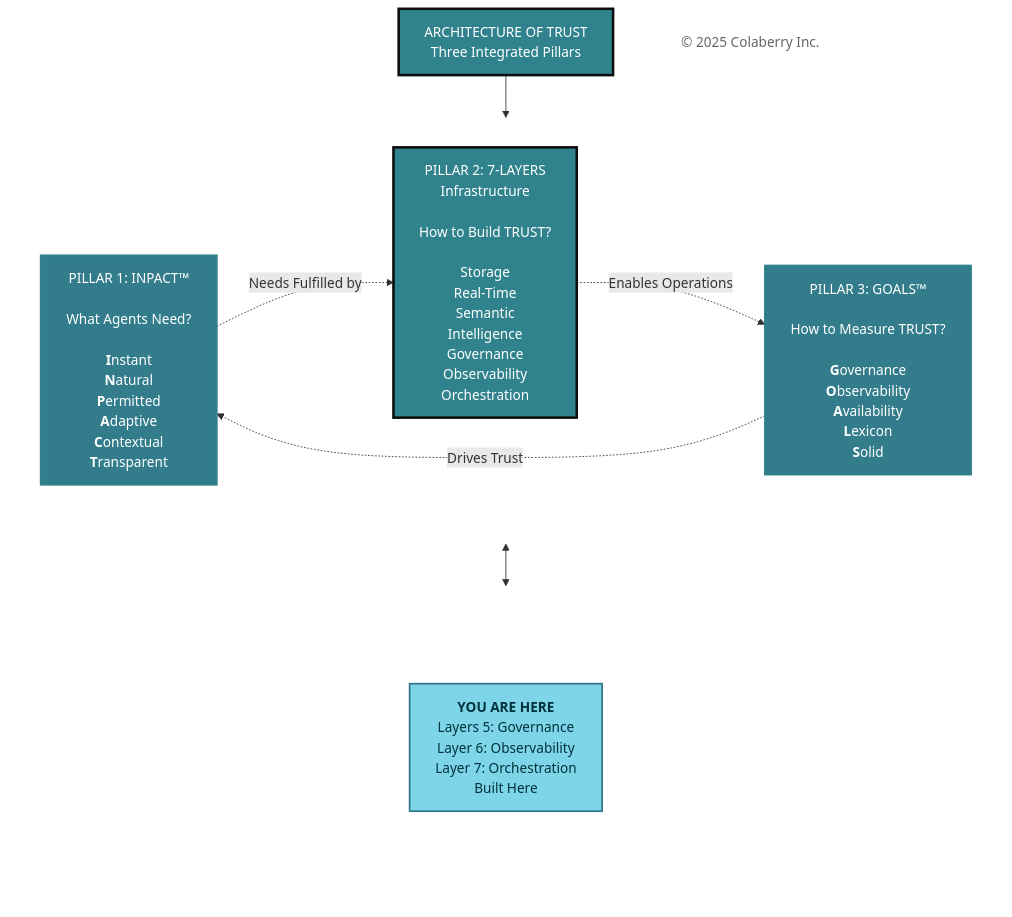
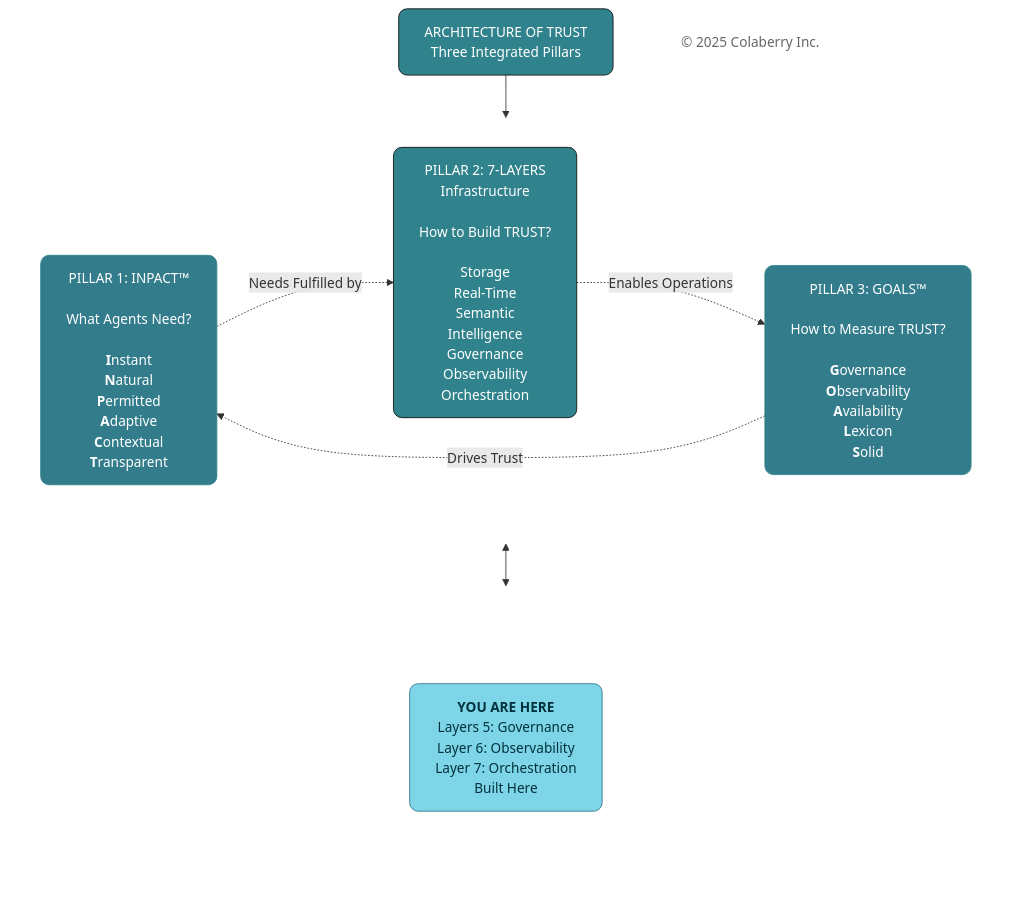
One commit to colaberry/trust-before-intelligence-book changed the second of 14 diagrams in manuscript/07_chapter_6_transparency_orchestration_layers.md. Above: the diagram before and after it, drawn with Mermaid. The commit also changed other lines of this file and 12 other files, not shown here.

````diff
--- a/manuscript/07_chapter_6_transparency_orchestration_layers.md
+++ b/manuscript/07_chapter_6_transparency_orchestration_layers.md
@@ -57,49 +57,49 @@
 ```mermaid
 
 
 
 graph TB
     Title["ARCHITECTURE OF TRUST<br/>Three Integrated Pillars"]
     
     subgraph PILLARS[" "]
         direction LR
         INPACT["`PILLAR 1: INPACT™<br/><br/>What Agents Need?<br/><br/>**I**nstant<br/>**N**atural<br/>**P**ermitted<br/>**A**daptive<br/>**C**ontextual<br/>**T**ransparent`"]
         
         Layers["PILLAR 2: 7-LAYERS<br/>Infrastructure<br/><br/>How to Build TRUST?<br/><br/>Storage<br/>Real-Time<br/>Semantic<br/>Intelligence<br/>Governance<br/>Observability<br/>Orchestration"]
         
         GOALS["`PILLAR 3: GOALS™<br/><br/>How to Measure TRUST?<br/><br/>**G**overnance<br/>**O**bservability<br/>**A**vailability<br/>**L**exicon<br/>**S**olid`"]
     end
     
     subgraph INDICATOR[" "]
         direction LR
         Spacer1[" "]
         YouAreHere["<b>YOU ARE HERE</b><br/>Layers 5: Governance <br/> Layer 6: Observability<br/> Layer 7: Orchestration<br/> Built Here"]
         Spacer2[" "]
     end
     
     Copyright["© 2025 Colaberry Inc."]
     
     Title --> PILLARS
     PILLARS <--> INDICATOR
     
     INPACT -.->|"Needs Fulfilled by"| Layers
     Layers -.->|"Enables Operations"| GOALS
     GOALS -.->|"Drives Trust"| INPACT
 
-    style Title fill:#30838C,color:#ffffff,stroke:#0D0D0D,stroke-width:3px
-    style PILLARS fill:none,stroke:none
-    style INDICATOR fill:none,stroke:none
-    style INPACT fill:#327C8C,stroke:#30838C,stroke-width:2px,color:#ffffff
-    style Layers fill:#30838C,color:#ffffff,stroke:#0D0D0D,stroke-width:3px
-    style GOALS fill:#327C8C,stroke:#30838C,stroke-width:2px,color:#ffffff
-    style Spacer1 fill:none,stroke:none,color:transparent
-    style YouAreHere fill:#7FD5E8,stroke:#32738C,stroke-width:2px,color:#00323D
-    style Spacer2 fill:none,stroke:none,color:transparent
-    style Copyright fill:#ffffff,stroke:none,color:#666666
+    style Title fill:#30838C,color:#ffffff,stroke:#0D0D0D,stroke-width:1px,rx:10,ry:10
+    style PILLARS fill:none,stroke:none,rx:10,ry:10
+    style INDICATOR fill:none,stroke:none,rx:10,ry:10
+    style INPACT fill:#327C8C,stroke:#30838C,stroke-width:1px,color:#ffffff,rx:10,ry:10
+    style Layers fill:#30838C,color:#ffffff,stroke:#0D0D0D,stroke-width:1px,rx:10,ry:10
+    style GOALS fill:#327C8C,stroke:#30838C,stroke-width:1px,color:#ffffff,rx:10,ry:10
+    style Spacer1 fill:none,stroke:none,color:transparent,rx:10,ry:10
+    style YouAreHere fill:#7FD5E8,stroke:#32738C,stroke-width:1px,color:#00323D,rx:10,ry:10
+    style Spacer2 fill:none,stroke:none,color:transparent,rx:10,ry:10
+    style Copyright fill:none,stroke:none,color:#666666
 
 
 
 
 
 
 ```
````
